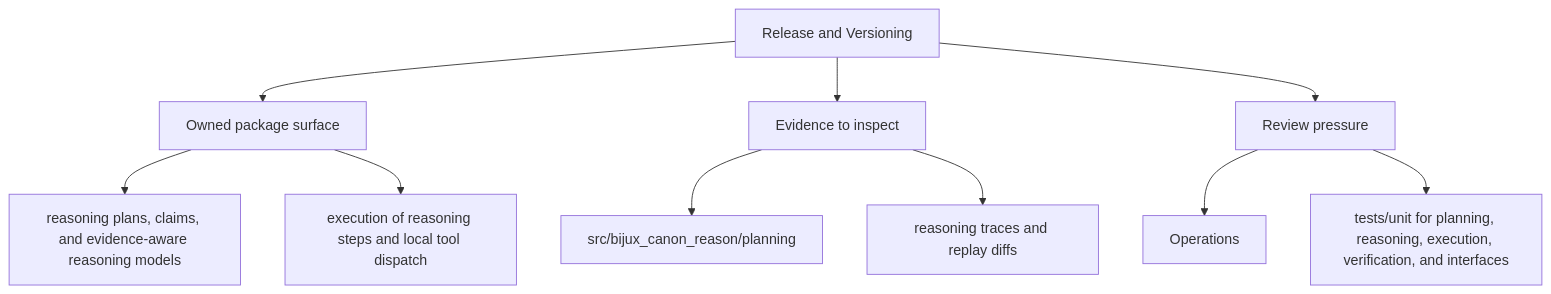
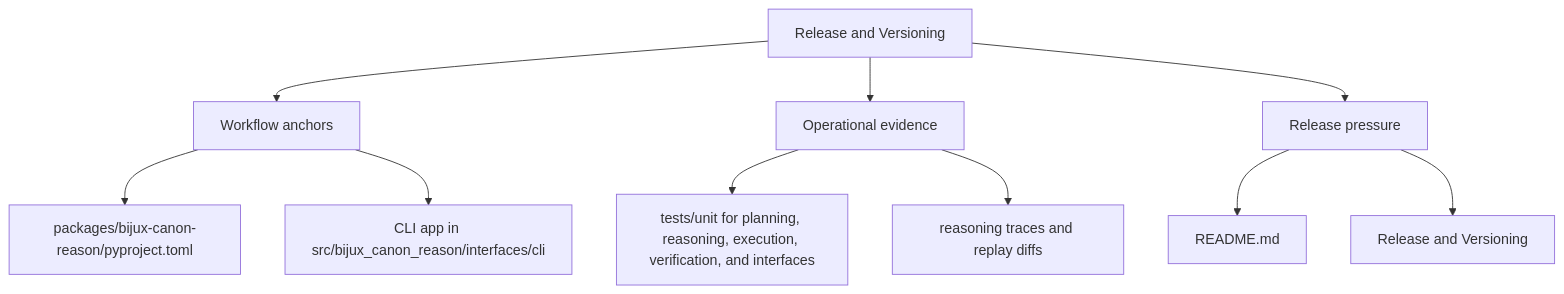
Before and after one commit to bijux/bijux-canon: the second of 2 diagrams in docs/bijux-canon-reason/operations/release-and-versioning.md, drawn with Mermaid. The commit also changed other lines of this file and 250 other files, not shown here.

Commit message:
docs(diagrams): make product page maps more readable

````diff
--- a/docs/bijux-canon-reason/operations/release-and-versioning.md
+++ b/docs/bijux-canon-reason/operations/release-and-versioning.md
@@ -35,22 +35,22 @@
 ```mermaid
 flowchart TD
     page["Release and Versioning"]
-    focus1["Owned package surface"]
+    focus1["Workflow anchors"]
     page --> focus1
-    focus1_1["reasoning plans, claims, and evidence-aware reasoning models"]
+    focus1_1["packages/bijux-canon-reason/pyproject.toml"]
     focus1 --> focus1_1
-    focus1_2["execution of reasoning steps and local tool dispatch"]
+    focus1_2["CLI app in src/bijux_canon_reason/interfaces/cli"]
     focus1 --> focus1_2
-    focus2["Evidence to inspect"]
+    focus2["Operational evidence"]
     page --> focus2
-    focus2_1["src/bijux_canon_reason/planning"]
+    focus2_1["tests/unit for planning, reasoning, execution, verification, and interfaces"]
     focus2 --> focus2_1
     focus2_2["reasoning traces and replay diffs"]
     focus2 --> focus2_2
-    focus3["Review pressure"]
+    focus3["Release pressure"]
     page --> focus3
-    focus3_1["Operations"]
+    focus3_1["README.md"]
     focus3 --> focus3_1
-    focus3_2["tests/unit for planning, reasoning, execution, verification, and interfaces"]
+    focus3_2["Release and Versioning"]
     focus3 --> focus3_2
 ```
````
